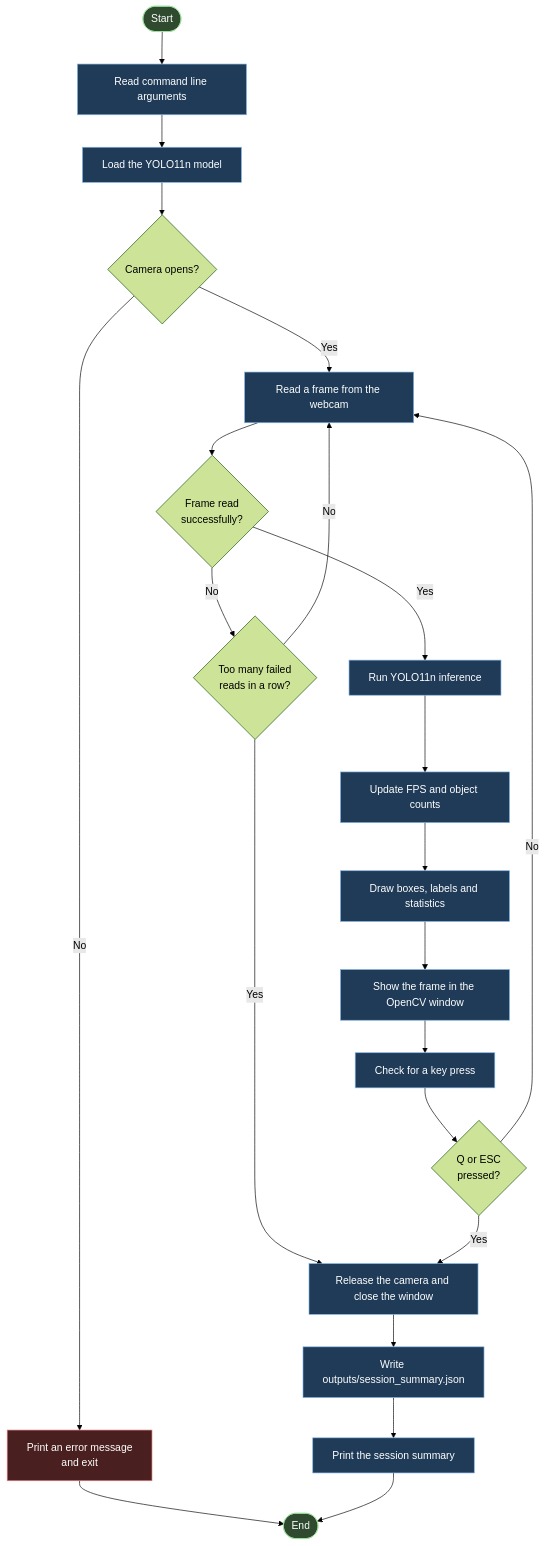
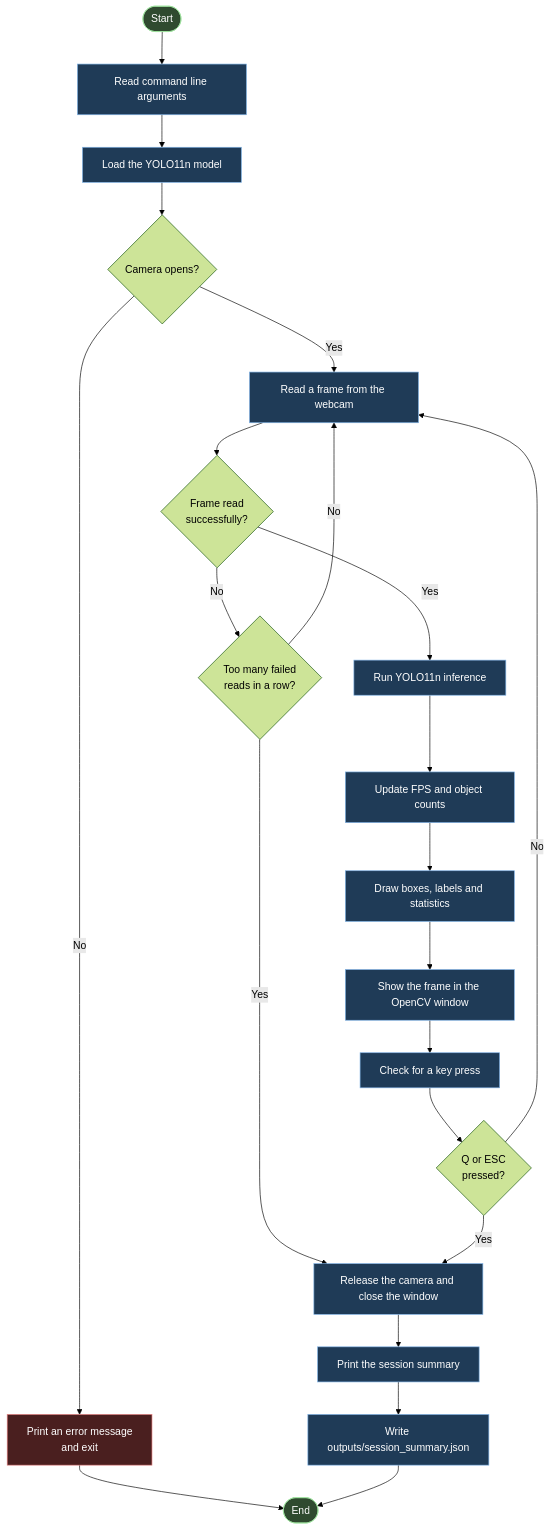
Before and after one commit to Abhijai10/real-time-object-detection-yolo11: the diagram in docs/diagrams/workflow.mmd, drawn with Mermaid (forest theme). The commit also changed 3 other files, not shown here.

First line of the commit message:
Correct the YOLO11 citation, sample session and diagram details

```diff
--- a/docs/diagrams/workflow.mmd
+++ b/docs/diagrams/workflow.mmd
@@ -1,37 +1,37 @@
 flowchart TD
     Start([Start]) --> Args["Read command line arguments"]
     Args --> Load["Load the YOLO11n model"]
     Load --> Open{"Camera opens?"}
 
     Open -->|No| Error["Print an error message<br/>and exit"]
     Error --> Stop([End])
 
     Open -->|Yes| Loop["Read a frame from the webcam"]
     Loop --> Empty{"Frame read<br/>successfully?"}
 
     Empty -->|No| Lost{"Too many failed<br/>reads in a row?"}
     Lost -->|No| Loop
     Lost -->|Yes| Shutdown
 
     Empty -->|Yes| Detect["Run YOLO11n inference"]
     Detect --> Stats["Update FPS and object counts"]
     Stats --> Draw["Draw boxes, labels and statistics"]
     Draw --> Show["Show the frame in the OpenCV window"]
     Show --> Key["Check for a key press"]
 
     Key --> Quit{"Q or ESC<br/>pressed?"}
     Quit -->|No| Loop
     Quit -->|Yes| Shutdown
 
     Shutdown["Release the camera and close the window"]
-    Shutdown --> Save["Write outputs/session_summary.json"]
-    Save --> Print["Print the session summary"]
-    Print --> Stop
+    Shutdown --> Print["Print the session summary"]
+    Print --> Save["Write outputs/session_summary.json"]
+    Save --> Stop
 
     classDef mine fill:#1f3b57,stroke:#7fb2e5,color:#ffffff
     classDef stop fill:#2f4a2f,stroke:#9fe59f,color:#ffffff
     classDef bad fill:#4a1f1f,stroke:#e57f7f,color:#ffffff
 
     class Args,Load,Loop,Detect,Stats,Draw,Show,Key,Shutdown,Save,Print mine
     class Start,Stop stop
     class Error bad
```
